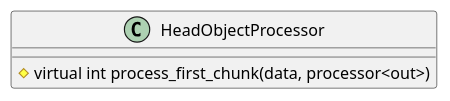
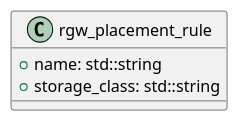
The seventh of 7 diagrams in source/_drafts/rgw对象上传1.md (liutimo/liutimo.github.io), drawn with PlantUML before and after one commit. The commit also changed other lines of this file and 6 other files, not shown here.

````diff
--- a/source/_drafts/rgw对象上传1.md
+++ b/source/_drafts/rgw对象上传1.md
@@ -151,7 +229,8 @@
 ```plantuml
 @startuml
-class HeadObjectProcessor {
-  # virtual int process_first_chunk(data, processor<out>)
+class rgw_placement_rule {
+  + name: std::string
+  + storage_class: std::string
 }
 @enduml
 ```
````
